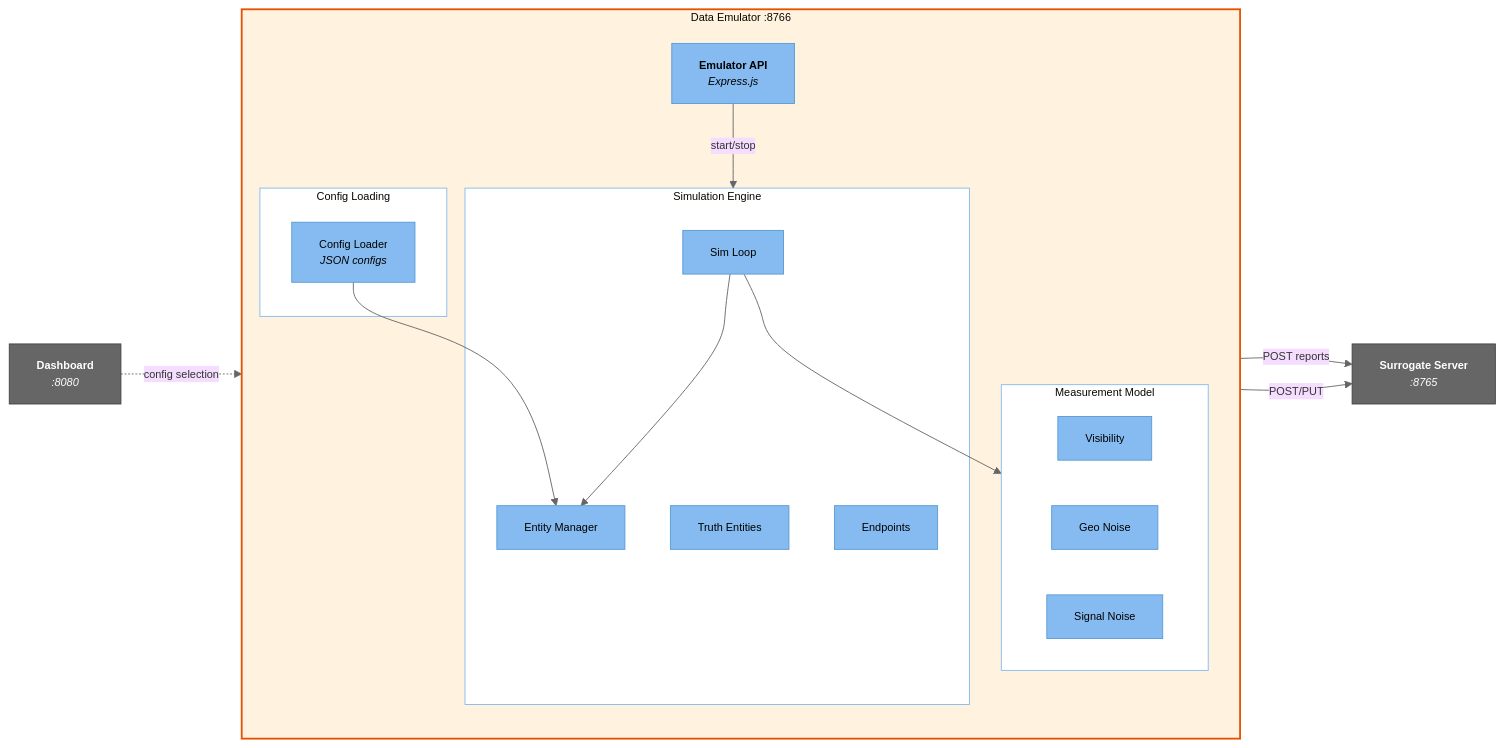
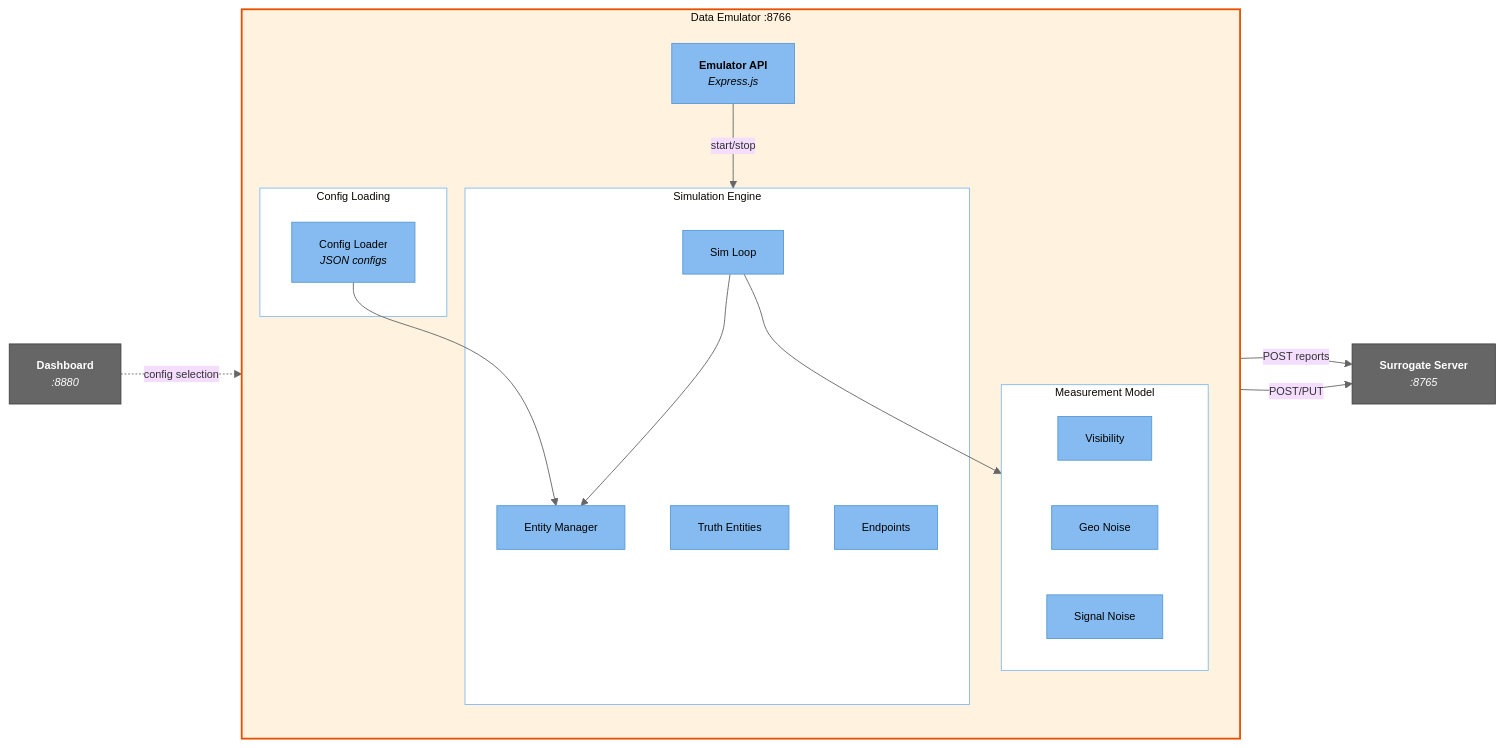
One commit to ericpauls/disco_workspace changed the fifth of 6 diagrams in docs/c4-architecture-diagram.md. Above: the diagram before and after it, drawn with Mermaid. The commit also changed other lines of this file and 7 other files, not shown here.

````diff
--- a/docs/c4-architecture-diagram.md
+++ b/docs/c4-architecture-diagram.md
@@ -219,47 +219,47 @@
 ```mermaid
 %%{init: {'theme': 'base', 'themeVariables': { 'lineColor': '#666', 'fontSize': '12px'}}}%%
 flowchart LR
     subgraph emu["Data Emulator :8766"]
         direction TB
         emu_api["<b>Emulator API</b><br/><i>Express.js</i>"]
 
         subgraph sim["Simulation Engine"]
             loop["Sim Loop"]
             mgr["Entity Manager"]
             truth["Truth Entities"]
             endpoints["Endpoints"]
         end
 
         subgraph measurement["Measurement Model"]
             visibility["Visibility"]
             geo_noise["Geo Noise"]
             sig_noise["Signal Noise"]
         end
 
         subgraph config_box["Config Loading"]
             config_loader["Config Loader<br/><i>JSON configs</i>"]
         end
 
         emu_api -->|start/stop| sim
         loop --> mgr
         loop --> measurement
         config_loader --> mgr
     end
 
     server["<b>Surrogate Server</b><br/><i>:8765</i>"]
-    dashboard["<b>Dashboard</b><br/><i>:8080</i>"]
+    dashboard["<b>Dashboard</b><br/><i>:8880</i>"]
 
     endpoints -->|POST reports| server
     truth -->|POST/PUT| server
     dashboard -.->|config selection| emu_api
 
     classDef comp fill:#85BBF0,stroke:#5A9BD5,color:#000
     classDef sbox fill:#FFF3E0,stroke:#E65100,stroke-width:2px
     classDef ext fill:#666,stroke:#444,color:#fff
     classDef inner fill:#fff,stroke:#85BBF0,stroke-width:1px
 
     class emu_api,loop,mgr,truth,endpoints,visibility,geo_noise,sig_noise,config_loader comp
     class emu sbox
     class server,dashboard ext
     class sim,measurement,config_box inner
 ```
````
